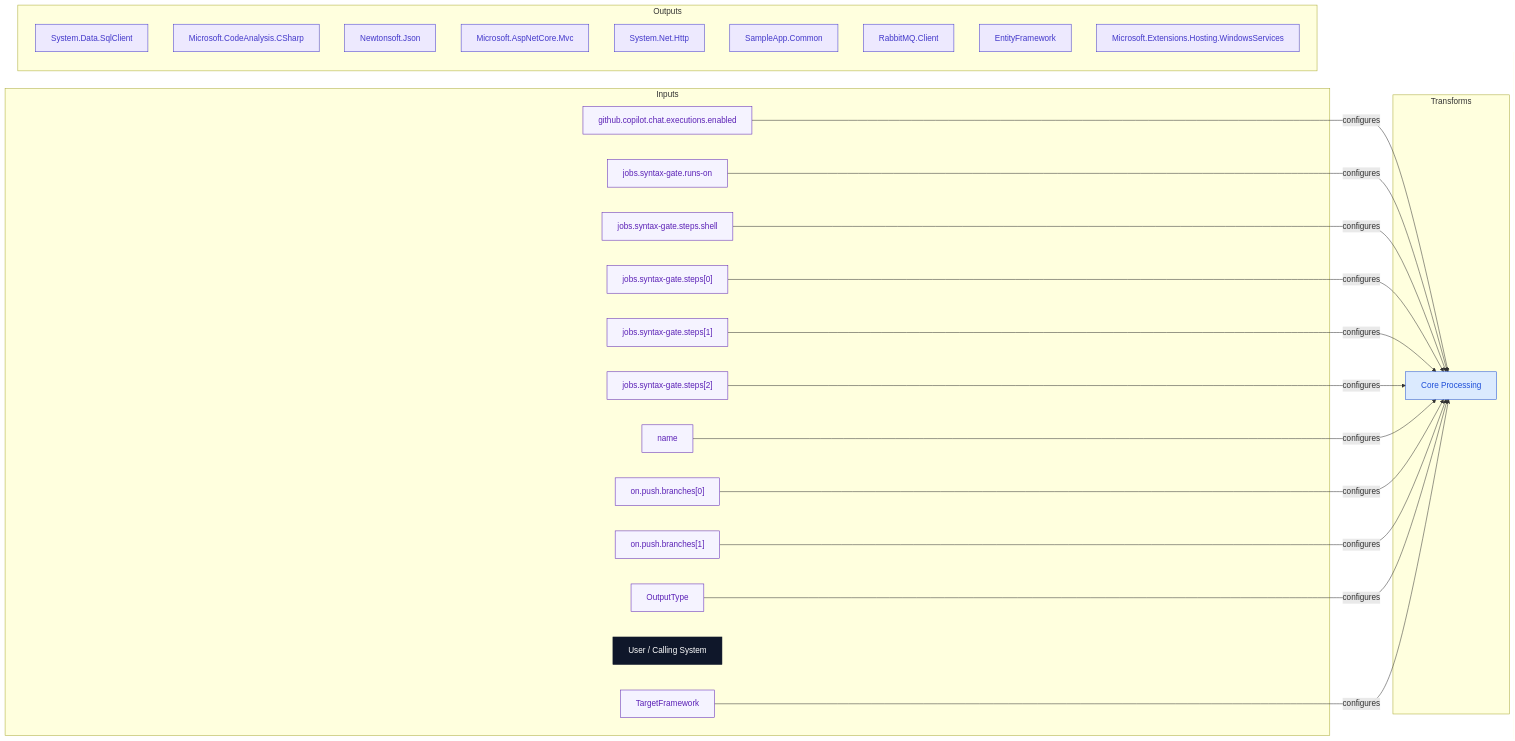
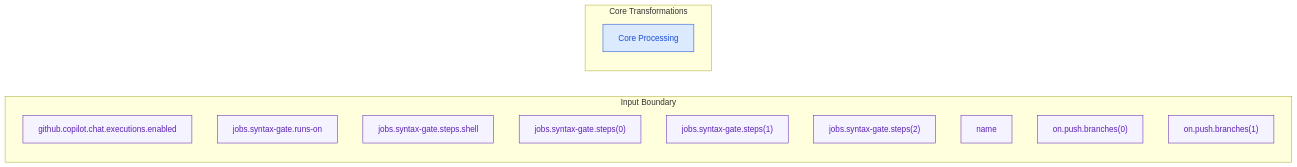
One commit to HeWhoRoams/AppDoc changed the diagram in docs/diagrams/data-flow.md. Above: the diagram before and after it, drawn with Mermaid. The commit also changed other lines of this file and 104 other files, not shown here.

````diff
--- a/docs/diagrams/data-flow.md
+++ b/docs/diagrams/data-flow.md
@@ -11,72 +11,36 @@
 ```mermaid
 flowchart LR
-    subgraph inputs["Inputs"]
+    %% Solid edges: runtime request/data flow. Dashed edges: structural/config/dependency links.
+    subgraph inputs["Input Boundary"]
+        config_github_copilot_chat_ex_3233c7ea["github.copilot.chat.executions.enabled"]
+        config_jobs_syntax_gate_runs_1cc1bd48["jobs.syntax-gate.runs-on"]
         config_jobs_syntax_gate_steps_b0ed346a["jobs.syntax-gate.steps.shell"]
-        config_on_push_branches_1_81342622["on.push.branches[1]"]
-        config_jobs_syntax_gate_steps_fea78b6a["jobs.syntax-gate.steps[2]"]
-        config_jobs_syntax_gate_steps_c21bece1["jobs.syntax-gate.steps[0]"]
-        config_jobs_syntax_gate_steps_f955e977["jobs.syntax-gate.steps[1]"]
-        config_outputtype_6b096b77["OutputType"]
-        config_targetframework_e88a9e43["TargetFramework"]
-        config_github_copilot_chat_ex_3233c7ea["github.copilot.chat.executions.enabled"]
-        config_on_push_branches_0_2a450bbd["on.push.branches[0]"]
+        config_jobs_syntax_gate_steps_c21bece1["jobs.syntax-gate.steps(0)"]
+        config_jobs_syntax_gate_steps_f955e977["jobs.syntax-gate.steps(1)"]
+        config_jobs_syntax_gate_steps_fea78b6a["jobs.syntax-gate.steps(2)"]
         config_name_6ae99955["name"]
-        actor_user_calling_system_16ed03d7["User / Calling System"]
-        config_jobs_syntax_gate_runs_1cc1bd48["jobs.syntax-gate.runs-on"]
+        config_on_push_branches_0_2a450bbd["on.push.branches(0)"]
+        config_on_push_branches_1_81342622["on.push.branches(1)"]
     end
-    subgraph processing["Transforms"]
+    subgraph processing["Core Transformations"]
         component_core_processing_6d28d771["Core Processing"]
     end
-    subgraph outputs["Outputs"]
-        dependency_system_data_sqlclient_e3d7e359["System.Data.SqlClient"]
-        dependency_microsoft_codeanalysis_fd218333["Microsoft.CodeAnalysis.CSharp"]
-        dependency_newtonsoft_json_9312eef4["Newtonsoft.Json"]
-        dependency_microsoft_aspnetcore_m_5b325717["Microsoft.AspNetCore.Mvc"]
-        dependency_system_net_http_78413594["System.Net.Http"]
-        dependency_sampleapp_common_73198f78["SampleApp.Common"]
-        dependency_rabbitmq_client_db152832["RabbitMQ.Client"]
-        dependency_entityframework_3a81b759["EntityFramework"]
-        dependency_microsoft_extensions_h_ebeb2ae5["Microsoft.Extensions.Hosting.WindowsServices"]
-    end
-    config_github_copilot_chat_ex_3233c7ea -->|configures| component_core_processing_6d28d771
-    config_jobs_syntax_gate_runs_1cc1bd48 -->|configures| component_core_processing_6d28d771
-    config_jobs_syntax_gate_steps_b0ed346a -->|configures| component_core_processing_6d28d771
-    config_jobs_syntax_gate_steps_c21bece1 -->|configures| component_core_processing_6d28d771
-    config_jobs_syntax_gate_steps_f955e977 -->|configures| component_core_processing_6d28d771
-    config_jobs_syntax_gate_steps_fea78b6a -->|configures| component_core_processing_6d28d771
-    config_name_6ae99955 -->|configures| component_core_processing_6d28d771
-    config_on_push_branches_0_2a450bbd -->|configures| component_core_processing_6d28d771
-    config_on_push_branches_1_81342622 -->|configures| component_core_processing_6d28d771
-    config_outputtype_6b096b77 -->|configures| component_core_processing_6d28d771
-    config_targetframework_e88a9e43 -->|configures| component_core_processing_6d28d771
-    class dependency_system_data_sqlclient_e3d7e359 dependency
-    class dependency_microsoft_codeanalysis_fd218333 dependency
-    class dependency_newtonsoft_json_9312eef4 dependency
+    class component_core_processing_6d28d771 component
+    class config_github_copilot_chat_ex_3233c7ea config
+    class config_jobs_syntax_gate_runs_1cc1bd48 config
     class config_jobs_syntax_gate_steps_b0ed346a config
+    class config_jobs_syntax_gate_steps_c21bece1 config
+    class config_jobs_syntax_gate_steps_f955e977 config
+    class config_jobs_syntax_gate_steps_fea78b6a config
+    class config_name_6ae99955 config
+    class config_on_push_branches_0_2a450bbd config
     class config_on_push_branches_1_81342622 config
-    class config_jobs_syntax_gate_steps_fea78b6a config
-    class dependency_microsoft_aspnetcore_m_5b325717 dependency
-    class config_jobs_syntax_gate_steps_c21bece1 config
-    class dependency_system_net_http_78413594 dependency
-    class dependency_sampleapp_common_73198f78 dependency
-    class component_core_processing_6d28d771 component
-    class dependency_rabbitmq_client_db152832 dependency
-    class dependency_entityframework_3a81b759 dependency
-    class config_jobs_syntax_gate_steps_f955e977 config
-    class config_outputtype_6b096b77 config
-    class dependency_microsoft_extensions_h_ebeb2ae5 dependency
-    class config_targetframework_e88a9e43 config
-    class config_github_copilot_chat_ex_3233c7ea config
-    class config_on_push_branches_0_2a450bbd config
-    class config_name_6ae99955 config
-    class actor_user_calling_system_16ed03d7 actor
-    class config_jobs_syntax_gate_runs_1cc1bd48 config
 classDef actor fill:#0f172a,stroke:#0f172a,color:#ffffff,stroke-width:1px
 classDef inbound fill:#dcfce7,stroke:#166534,color:#166534,stroke-width:1px
 classDef outbound fill:#ffedd5,stroke:#9a3412,color:#9a3412,stroke-width:1px
 classDef component fill:#dbeafe,stroke:#1d4ed8,color:#1d4ed8,stroke-width:1px
 classDef data fill:#fef9c3,stroke:#854d0e,color:#854d0e,stroke-width:1px
 classDef config fill:#f5f3ff,stroke:#5b21b6,color:#5b21b6,stroke-width:1px
 classDef external fill:#fee2e2,stroke:#991b1b,color:#991b1b,stroke-width:1px
 classDef dependency fill:#ede9fe,stroke:#4338ca,color:#4338ca,stroke-width:1px
 ```
````
